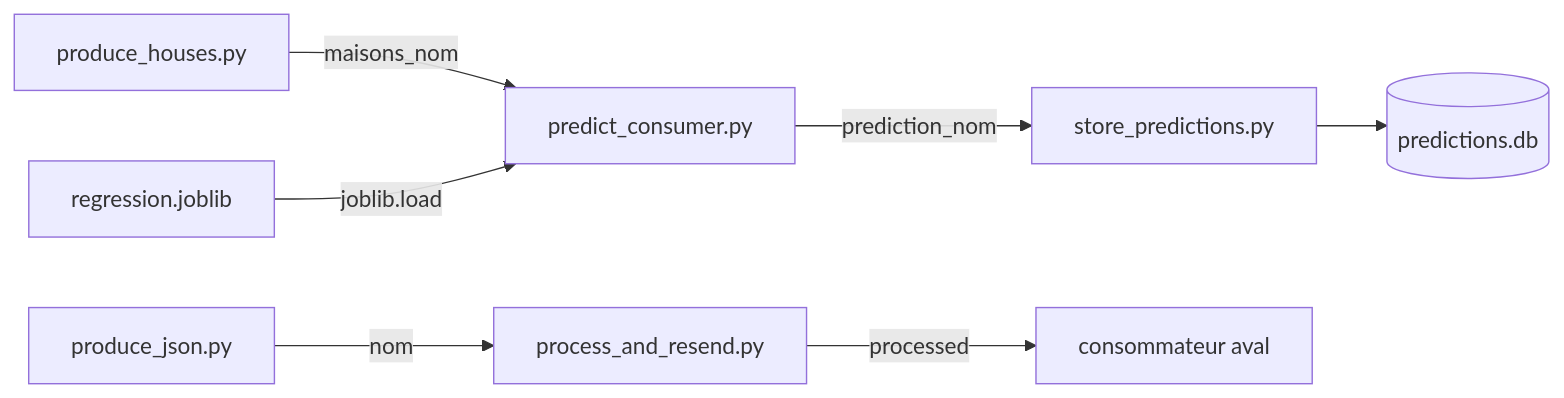
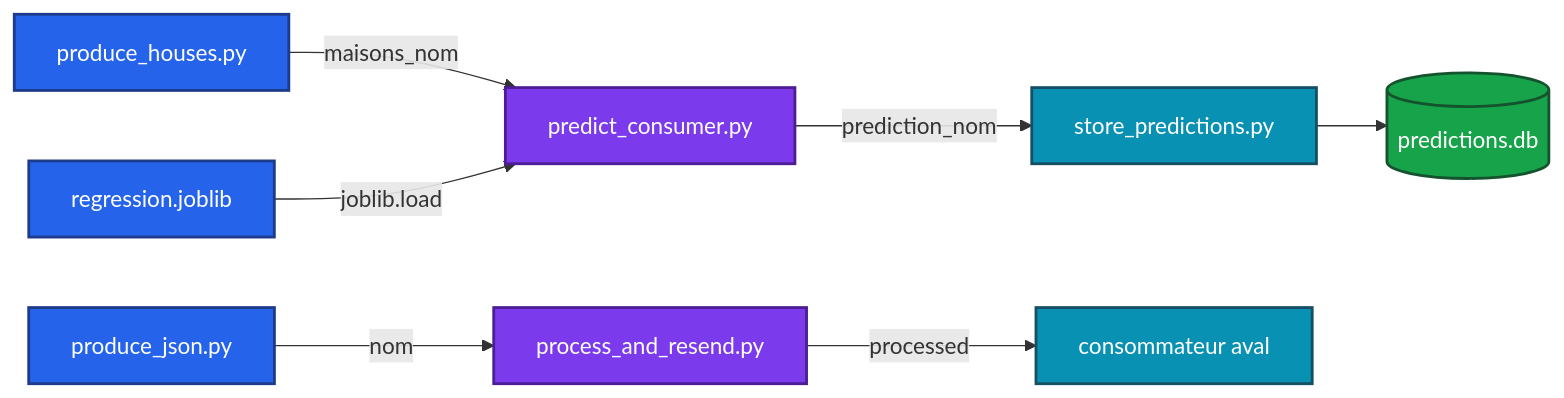
The diagram in README.md (Adam-Blf/kafka-ml-pipeline), drawn with Mermaid before and after one commit.

Commit message:
docs: add colors to mermaid diagrams (#7)
Each node gets a palette class (by subgraph or by flow depth), subgraphs are tinted, non-flowchart diagrams use a colored base theme. Validated by rendering every diagram before and after.

````diff
--- a/README.md
+++ b/README.md
@@ -12,9 +12,18 @@
 ```mermaid
 flowchart LR
     P[produce_houses.py] -->|maisons_nom| C[predict_consumer.py]
     M[regression.joblib] -->|joblib.load| C
     C -->|prediction_nom| S[store_predictions.py]
     S --> DB[(predictions.db)]
     PJ[produce_json.py] -->|nom| PR[process_and_resend.py]
     PR -->|processed| A[consommateur aval]
+
+    classDef c0 fill:#2563eb,stroke:#1e3a8a,stroke-width:2px,color:#ffffff
+    classDef c1 fill:#7c3aed,stroke:#4c1d95,stroke-width:2px,color:#ffffff
+    classDef c2 fill:#0891b2,stroke:#164e63,stroke-width:2px,color:#ffffff
+    classDef c3 fill:#16a34a,stroke:#14532d,stroke-width:2px,color:#ffffff
+    class P,M,PJ c0
+    class C,PR c1
+    class S,A c2
+    class DB c3
 ```
````
